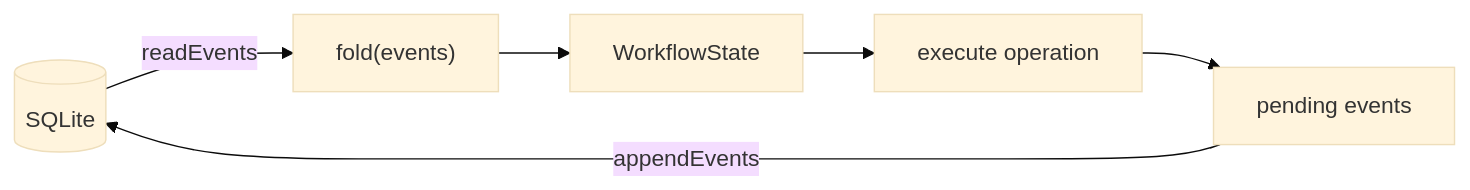
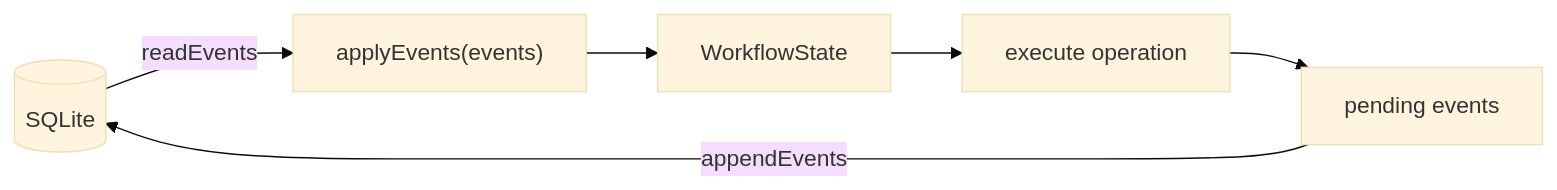
Before and after one commit to NTCoding/autonomous-claude-agent-team: the third of 3 diagrams in docs/architecture.md, drawn with Mermaid (base theme). The commit also changed other lines of this file and 37 other files, not shown here.

````diff
--- a/docs/architecture.md
+++ b/docs/architecture.md
@@ -73,14 +57,14 @@
 ```mermaid
 flowchart LR
     DB[(SQLite)]
-    Fold["fold(events)"]
+    Fold["applyEvents(events)"]
     State["WorkflowState"]
     Op["execute operation"]
     Events["pending events"]
 
     DB -->|readEvents| Fold
     Fold --> State
     State --> Op
     Op --> Events
     Events -->|appendEvents| DB
 ```
````
